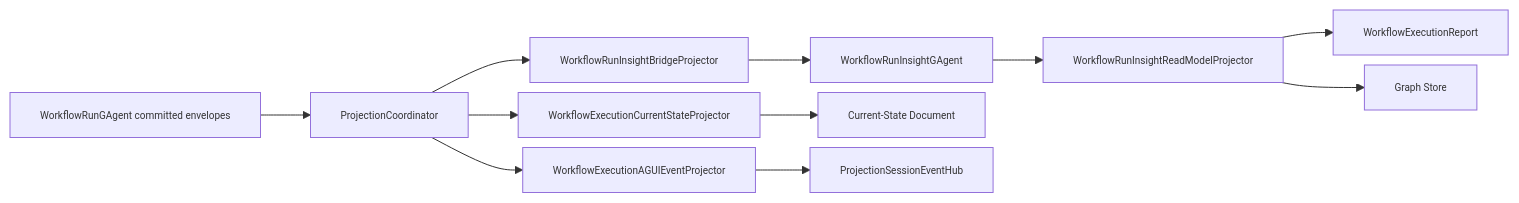
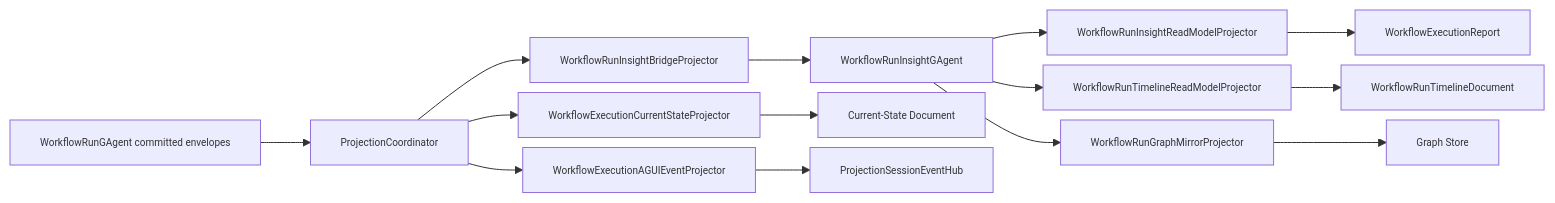
The diagram in src/workflow/Aevatar.Workflow.Projection/README.md (aevatarAI/aevatar), drawn with Mermaid before and after one commit. The commit also changed other lines of this file and 21 other files, not shown here.

First line of the commit message:
Refactor Workflow Projection Architecture and Enhance ReadModel Structure

````diff
--- a/src/workflow/Aevatar.Workflow.Projection/README.md
+++ b/src/workflow/Aevatar.Workflow.Projection/README.md
@@ -28,26 +30,32 @@
 ```mermaid
 %%{init: {"maxTextSize": 100000, "flowchart": {"useMaxWidth": false, "nodeSpacing": 10, "rankSpacing": 50}, "themeVariables": {"fontSize": "10px"}}}%%
 flowchart LR
   RUN["WorkflowRunGAgent committed envelopes"]
   COOR["ProjectionCoordinator"]
   CUR["WorkflowExecutionCurrentStateProjector"]
   BRIDGE["WorkflowRunInsightBridgeProjector"]
   INSIGHT["WorkflowRunInsightGAgent"]
-  INSIGHTP["WorkflowRunInsightReadModelProjector"]
+  REPORTP["WorkflowRunInsightReadModelProjector"]
+  TIMELINEP["WorkflowRunTimelineReadModelProjector"]
+  GRAPHP["WorkflowRunGraphMirrorProjector"]
   AG["WorkflowExecutionAGUIEventProjector"]
   CURDOC["Current-State Document"]
   REPORT["WorkflowExecutionReport"]
+  TIMELINE["WorkflowRunTimelineDocument"]
   GRAPH["Graph Store"]
   HUB["ProjectionSessionEventHub<WorkflowRunEvent>"]
 
   RUN --> COOR
   COOR --> CUR
   COOR --> BRIDGE
   COOR --> AG
   CUR --> CURDOC
   BRIDGE --> INSIGHT
-  INSIGHT --> INSIGHTP
-  INSIGHTP --> REPORT
-  INSIGHTP --> GRAPH
+  INSIGHT --> REPORTP
+  INSIGHT --> TIMELINEP
+  INSIGHT --> GRAPHP
+  REPORTP --> REPORT
+  TIMELINEP --> TIMELINE
+  GRAPHP --> GRAPH
   AG --> HUB
 ```
````
